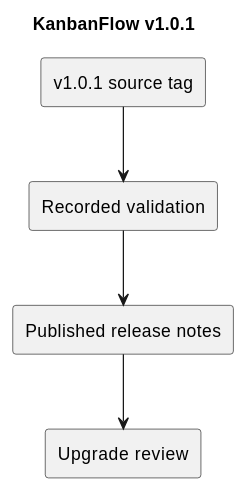
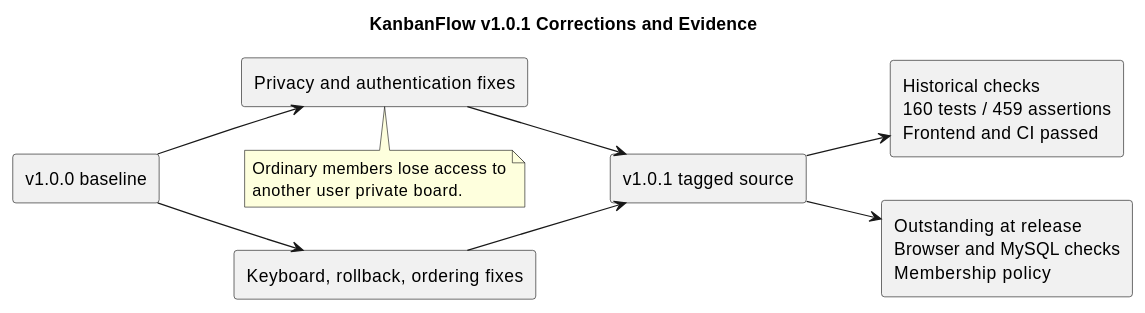
The diagram in docs/Releases/v1.0.1.md (Farhad-Valizadegan/Web-KanbanFlow), drawn with PlantUML before and after one commit. The commit also changed other lines of this file and 2 other files, not shown here.

Commit message:
docs: complete v1.0.1 security and usability release record

````diff
--- a/docs/Releases/v1.0.1.md
+++ b/docs/Releases/v1.0.1.md
@@ -31,12 +110,22 @@
 ```plantuml
 @startuml
-title KanbanFlow v1.0.1
-rectangle "v1.0.1 source tag" as T
-rectangle "Recorded validation" as V
-rectangle "Published release notes" as N
-rectangle "Upgrade review" as U
+title KanbanFlow v1.0.1 Corrections and Evidence
+left to right direction
+rectangle "v1.0.0 baseline" as B
+rectangle "Privacy and authentication fixes" as S
+rectangle "Keyboard, rollback, ordering fixes" as U
+rectangle "v1.0.1 tagged source" as T
+rectangle "Historical checks\n160 tests / 459 assertions\nFrontend and CI passed" as V
+rectangle "Outstanding at release\nBrowser and MySQL checks\nMembership policy" as G
+B --> S
+B --> U
+S --> T
+U --> T
 T --> V
-V --> N
-N --> U
+T --> G
+note bottom of S
+Ordinary members lose access to
+another user private board.
+end note
 @enduml
 ```
````
